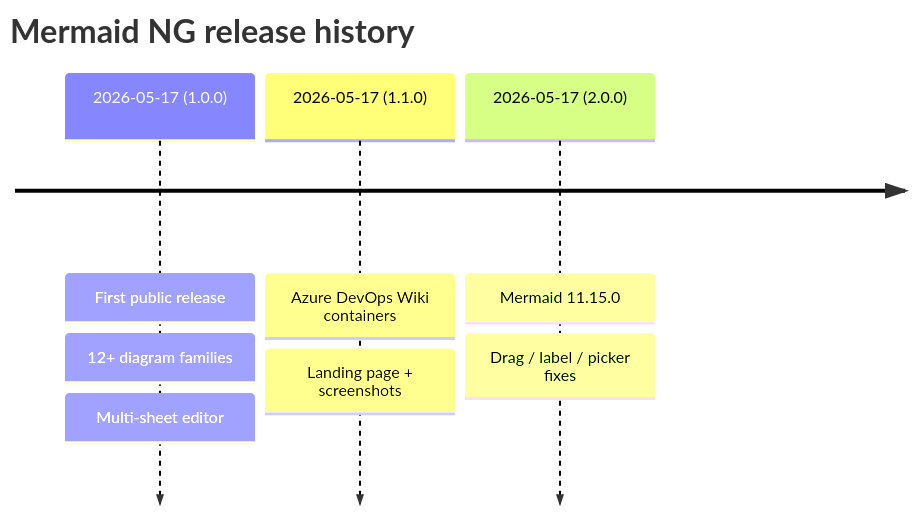
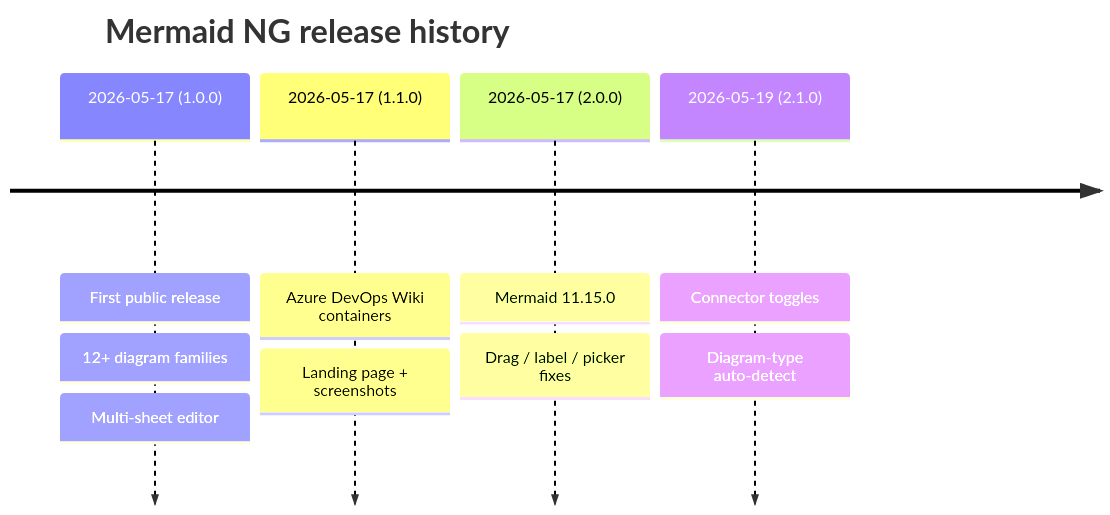
Before and after one commit to NextGenPowerToys/mermaid-visual-editor: diagram 11 of 12 in samples/all-diagrams.md, drawn with Mermaid. The commit also changed 13 other files, not shown here.

````diff
--- a/samples/all-diagrams.md
+++ b/samples/all-diagrams.md
@@ -193,11 +193,13 @@
 ```mermaid
 timeline
     title Mermaid NG release history
     2026-05-17 (1.0.0) : First public release
                        : 12+ diagram families
                        : Multi-sheet editor
     2026-05-17 (1.1.0) : Azure DevOps Wiki containers
                        : Landing page + screenshots
     2026-05-17 (2.0.0) : Mermaid 11.15.0
                        : Drag / label / picker fixes
+    2026-05-19 (2.1.0) : Connector toggles
+                       : Diagram-type auto-detect
 ```
````
